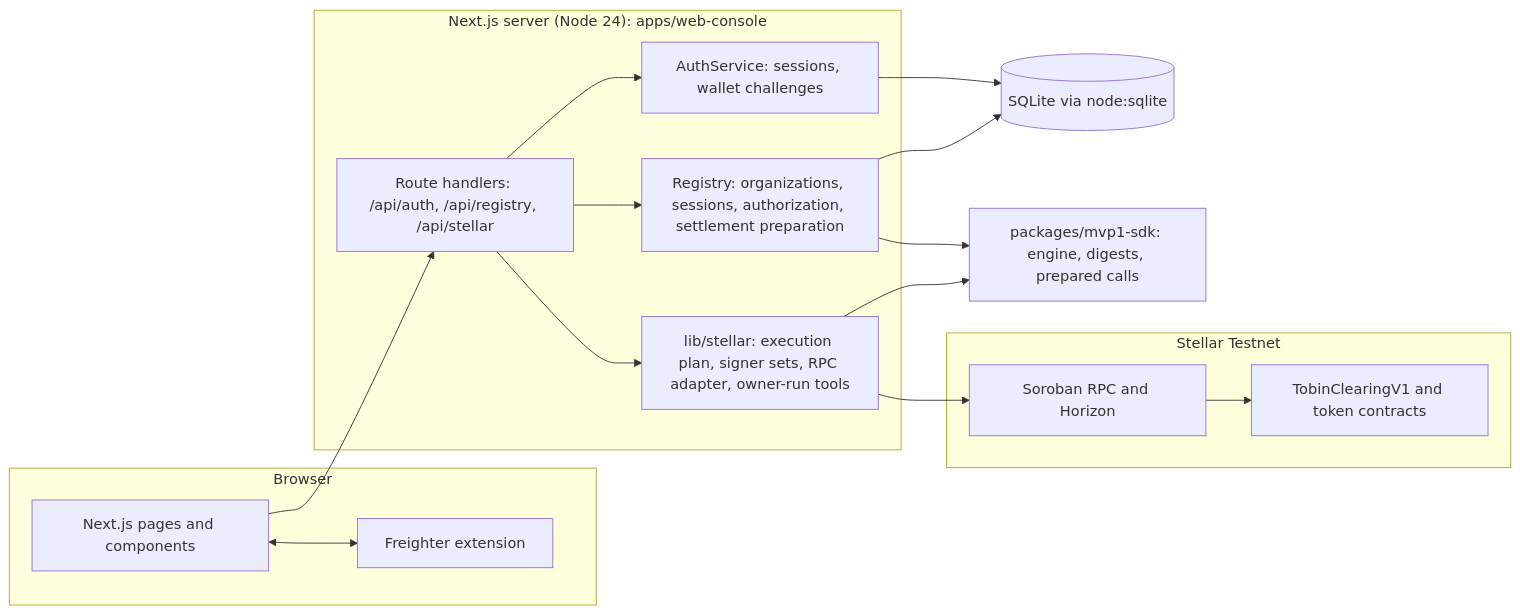
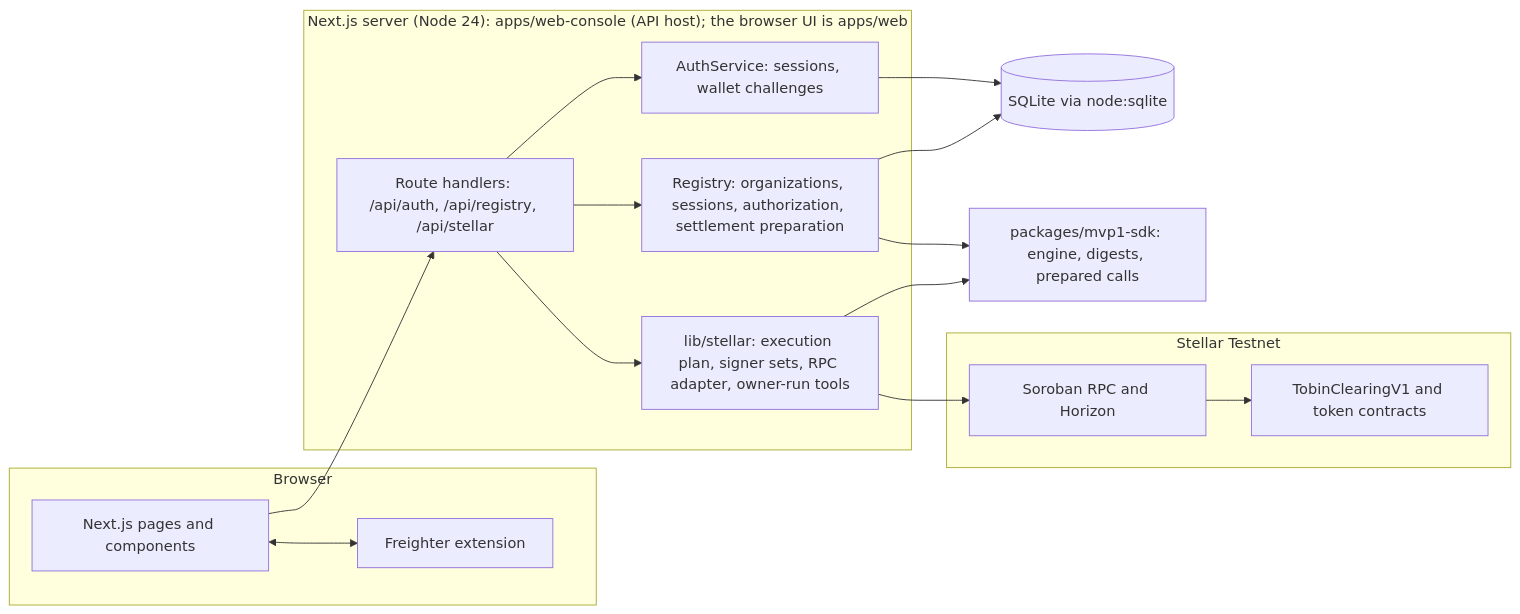
The first of 2 diagrams in AGENTS.md (tobin-protocol/tobin), drawn with Mermaid before and after one commit. The commit also changed other lines of this file and 13 other files, not shown here.

````diff
--- a/AGENTS.md
+++ b/AGENTS.md
@@ -45,26 +45,26 @@
 ```mermaid
 flowchart LR
   subgraph BROWSER["Browser"]
     UI["Next.js pages and components"]
     FW["Freighter extension"]
   end
-  subgraph SERVER["Next.js server (Node 24): apps/web-console"]
+  subgraph SERVER["Next.js server (Node 24): apps/web-console (API host); the browser UI is apps/web"]
     API["Route handlers: /api/auth, /api/registry, /api/stellar"]
     AUTH["AuthService: sessions, wallet challenges"]
     REG["Registry: organizations, sessions, authorization, settlement preparation"]
     STL["lib/stellar: execution plan, signer sets, RPC adapter, owner-run tools"]
   end
   DB[("SQLite via node:sqlite")]
   SDK["packages/mvp1-sdk: engine, digests, prepared calls"]
   subgraph CHAIN["Stellar Testnet"]
     RPC["Soroban RPC and Horizon"]
     CON["TobinClearingV1 and token contracts"]
   end
   UI --> API
   UI <--> FW
   API --> AUTH --> DB
   API --> REG --> DB
   REG --> SDK
   API --> STL --> SDK
   STL --> RPC --> CON
 ```
````
